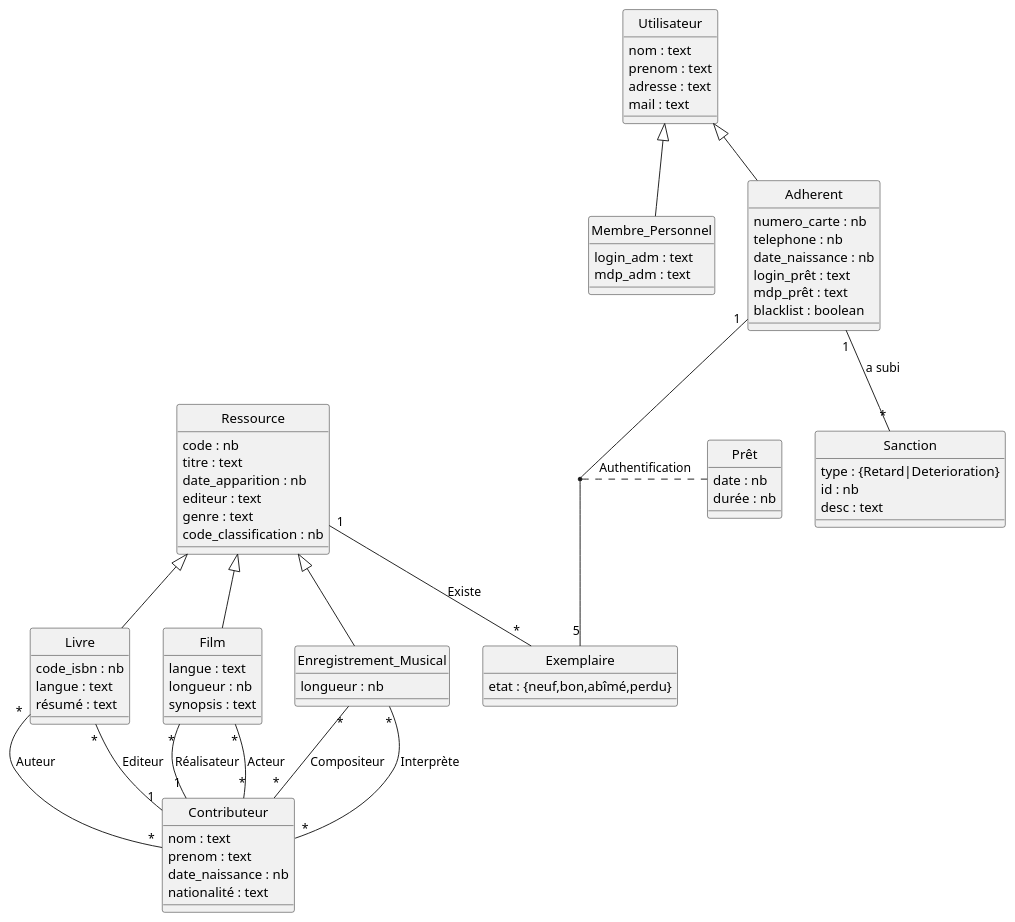
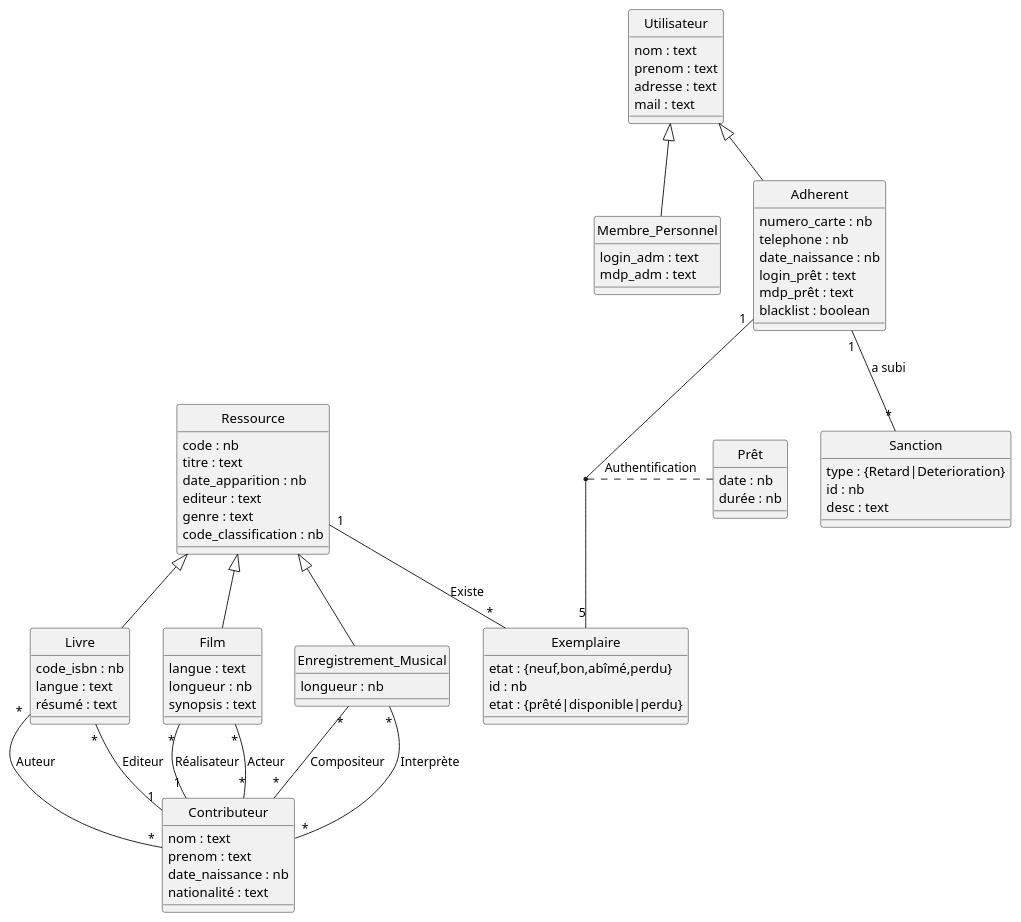
The diagram in diagramme_uml.plantuml (fouany/BDD-NF17-Projet-groupe), drawn with PlantUML before and after one commit.

```diff
--- a/diagramme_uml.plantuml
+++ b/diagramme_uml.plantuml
@@ -1,98 +1,100 @@
 @startuml
 hide circle
 
 
 
 Class Livre{
   code_isbn : nb
   langue : text
   résumé : text
 }
 
 Class Film{
   langue : text
   longueur : nb
   synopsis : text
 }
 
 Class Enregistrement_Musical{
   longueur : nb
 }
 
 Class Contributeur{
   nom : text
   prenom : text
   date_naissance : nb
   nationalité : text
 }
 
 Class Ressource{
   code : nb
   titre : text
   date_apparition : nb
   editeur : text
   genre : text
   code_classification : nb
 }
 
 Class Exemplaire{
   etat : {neuf,bon,abîmé,perdu}
+  id : nb
+  etat : {prêté|disponible|perdu}
 }
 
 Class Utilisateur{
 nom : text
 prenom : text
 adresse : text
 mail : text
 
 }
 
 Class Membre_Personnel{
 login_adm : text
 mdp_adm : text
 }
 
 Class Adherent{
 numero_carte : nb
 telephone : nb
 date_naissance : nb
 login_prêt : text
 mdp_prêt : text
 blacklist : boolean
 }
 
 Class Prêt{
 date : nb
 durée : nb
 }
 
 Class Sanction{
 
   type : {Retard|Deterioration}
   id : nb
   desc : text
 }
 
 Adherent "1" -- "*" Sanction : a subi
 Adherent "1" -- "5" Exemplaire
 (Adherent,Exemplaire) .. Prêt : Authentification
 'Bon état
 
 
 Utilisateur <|-- Membre_Personnel
 Utilisateur <|-- Adherent
 
 Ressource <|-- Livre
 Ressource <|-- Enregistrement_Musical
 Ressource <|-- Film
 
 Ressource "1" -- "*" Exemplaire : Existe
 Livre "*" -- "*" Contributeur : Auteur
 Livre "*" -- "1" Contributeur : Editeur
 Film "*" -- "1" Contributeur : Réalisateur
 Film "*" -- "*" Contributeur : Acteur
 Enregistrement_Musical "*" -- "*" Contributeur : Compositeur
 Enregistrement_Musical "*" -- "*" Contributeur : Interprète
 
 
 @enduml
```
